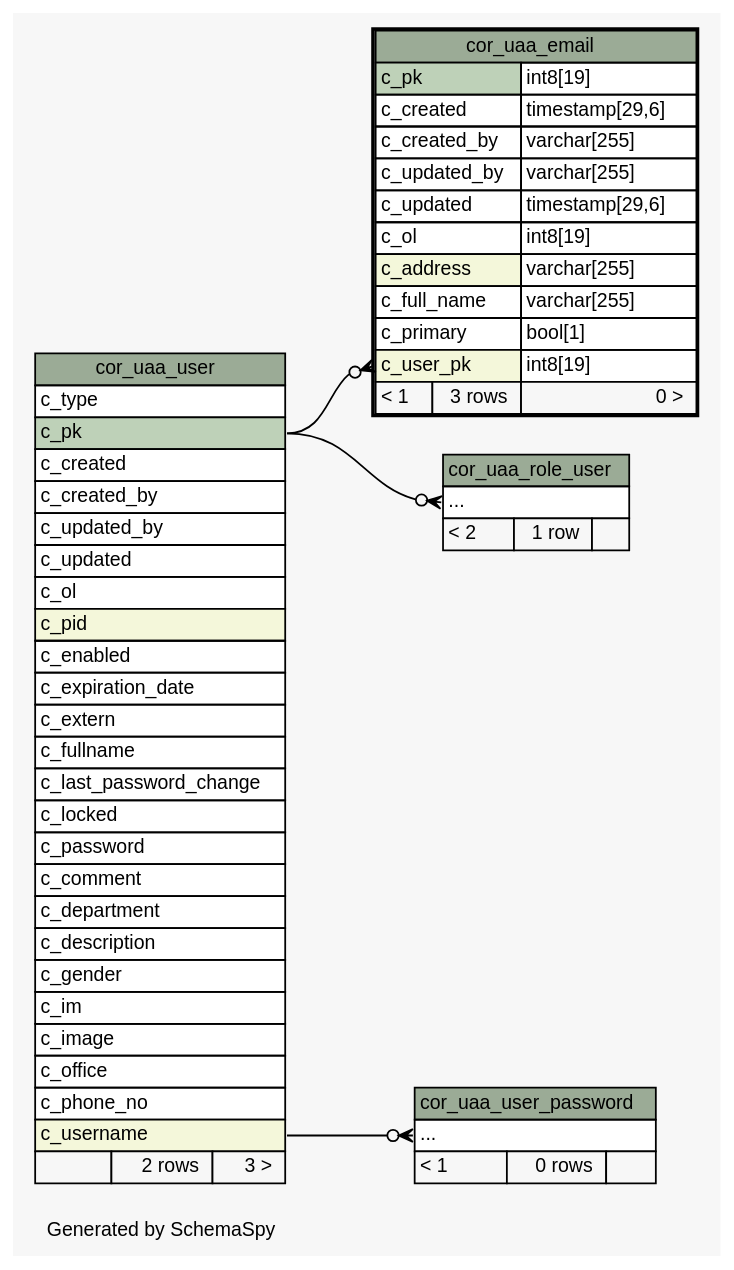
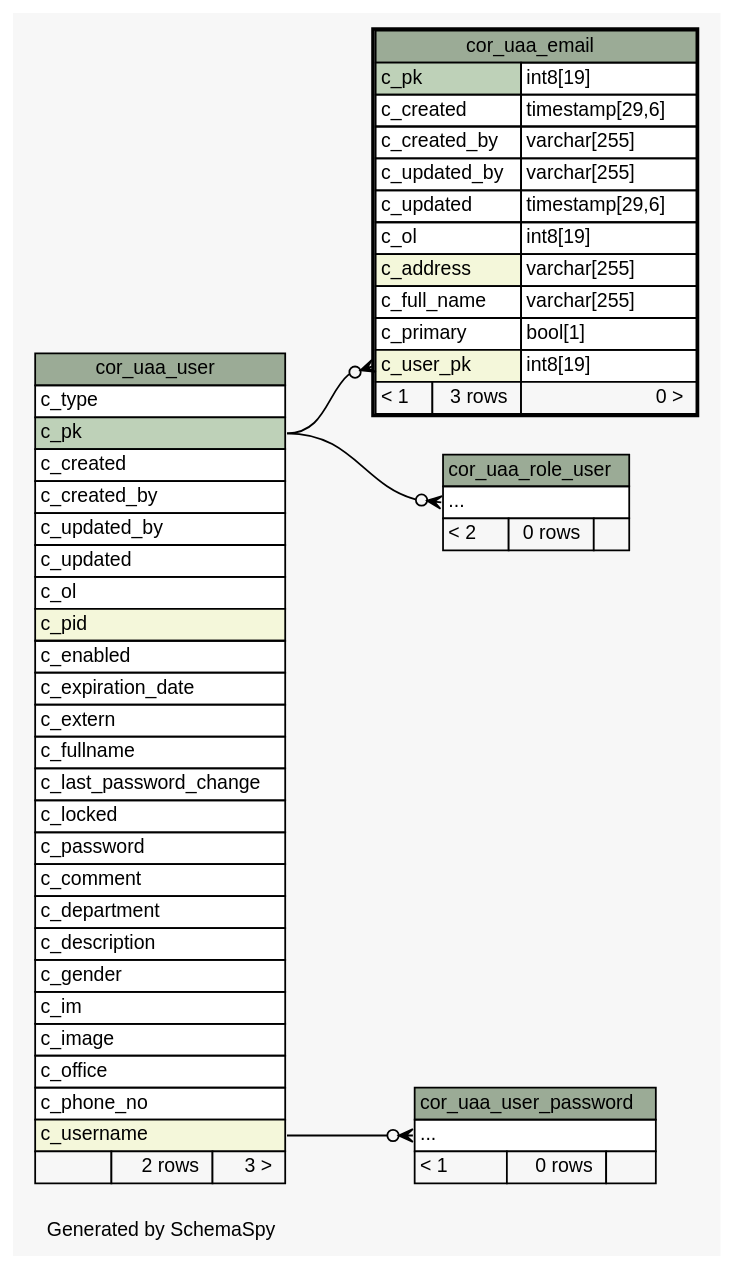
Before and after one commit to openwms/org.openwms.core.uaa: the diagram in 2.0.0-SNAPSHOT/schemaspy/diagrams/cor_uaa_email.2degrees.dot, drawn with Graphviz. The commit also changed 424 other files, not shown here.

```diff
--- a/2.0.0-SNAPSHOT/schemaspy/diagrams/cor_uaa_email.2degrees.dot
+++ b/2.0.0-SNAPSHOT/schemaspy/diagrams/cor_uaa_email.2degrees.dot
@@ -1,97 +1,97 @@
 // dot 2.43.0 on Linux 5.15.0-1022-azure
 // SchemaSpy rev Unknown
 digraph "twoDegreesRelationshipsDiagram" {
   graph [
     rankdir="RL"
     bgcolor="#f7f7f7"
     label="\nGenerated by SchemaSpy"
     labeljust="l"
     nodesep="0.18"
     ranksep="0.46"
     fontname="Helvetica"
     fontsize="11"
   ];
   node [
     fontname="Helvetica"
     fontsize="11"
     shape="plaintext"
   ];
   edge [
     arrowsize="0.8"
   ];
   "cor_uaa_email":"c_user_pk":w -> "cor_uaa_user":"c_pk":e [arrowhead=none dir=back arrowtail=crowodot];
   "cor_uaa_role_user":"elipses":w -> "cor_uaa_user":"c_pk":e [arrowhead=none dir=back arrowtail=crowodot];
   "cor_uaa_user_password":"elipses":w -> "cor_uaa_user":"c_username":e [arrowhead=none dir=back arrowtail=crowodot];
   "cor_uaa_email" [
     label=<
     <TABLE BORDER="2" CELLBORDER="1" CELLSPACING="0" BGCOLOR="#ffffff">
       <TR><TD COLSPAN="3" BGCOLOR="#9bab96" ALIGN="CENTER">cor_uaa_email</TD></TR>
       <TR><TD PORT="c_pk" COLSPAN="2" BGCOLOR="#bed1b8" ALIGN="LEFT">c_pk</TD><TD PORT="c_pk.type" ALIGN="LEFT">int8[19]</TD></TR>
       <TR><TD PORT="c_created" COLSPAN="2" ALIGN="LEFT">c_created</TD><TD PORT="c_created.type" ALIGN="LEFT">timestamp[29,6]</TD></TR>
       <TR><TD PORT="c_created_by" COLSPAN="2" ALIGN="LEFT">c_created_by</TD><TD PORT="c_created_by.type" ALIGN="LEFT">varchar[255]</TD></TR>
       <TR><TD PORT="c_updated_by" COLSPAN="2" ALIGN="LEFT">c_updated_by</TD><TD PORT="c_updated_by.type" ALIGN="LEFT">varchar[255]</TD></TR>
       <TR><TD PORT="c_updated" COLSPAN="2" ALIGN="LEFT">c_updated</TD><TD PORT="c_updated.type" ALIGN="LEFT">timestamp[29,6]</TD></TR>
       <TR><TD PORT="c_ol" COLSPAN="2" ALIGN="LEFT">c_ol</TD><TD PORT="c_ol.type" ALIGN="LEFT">int8[19]</TD></TR>
       <TR><TD PORT="c_address" COLSPAN="2" BGCOLOR="#f4f7da" ALIGN="LEFT">c_address</TD><TD PORT="c_address.type" ALIGN="LEFT">varchar[255]</TD></TR>
       <TR><TD PORT="c_full_name" COLSPAN="2" ALIGN="LEFT">c_full_name</TD><TD PORT="c_full_name.type" ALIGN="LEFT">varchar[255]</TD></TR>
       <TR><TD PORT="c_primary" COLSPAN="2" ALIGN="LEFT">c_primary</TD><TD PORT="c_primary.type" ALIGN="LEFT">bool[1]</TD></TR>
       <TR><TD PORT="c_user_pk" COLSPAN="2" BGCOLOR="#f4f7da" ALIGN="LEFT">c_user_pk</TD><TD PORT="c_user_pk.type" ALIGN="LEFT">int8[19]</TD></TR>
       <TR><TD ALIGN="LEFT" BGCOLOR="#f7f7f7">&lt; 1</TD><TD ALIGN="RIGHT" BGCOLOR="#f7f7f7">3 rows</TD><TD ALIGN="RIGHT" BGCOLOR="#f7f7f7">0 &gt;</TD></TR>
     </TABLE>>
     URL="cor_uaa_email.html"
     tooltip="cor_uaa_email"
   ];
   "cor_uaa_role_user" [
     label=<
     <TABLE BORDER="0" CELLBORDER="1" CELLSPACING="0" BGCOLOR="#ffffff">
       <TR><TD COLSPAN="3" BGCOLOR="#9bab96" ALIGN="CENTER">cor_uaa_role_user</TD></TR>
       <TR><TD PORT="elipses" COLSPAN="3" ALIGN="LEFT">...</TD></TR>
-      <TR><TD ALIGN="LEFT" BGCOLOR="#f7f7f7">&lt; 2</TD><TD ALIGN="RIGHT" BGCOLOR="#f7f7f7">1 row</TD><TD ALIGN="RIGHT" BGCOLOR="#f7f7f7">  </TD></TR>
+      <TR><TD ALIGN="LEFT" BGCOLOR="#f7f7f7">&lt; 2</TD><TD ALIGN="RIGHT" BGCOLOR="#f7f7f7">0 rows</TD><TD ALIGN="RIGHT" BGCOLOR="#f7f7f7">  </TD></TR>
     </TABLE>>
     URL="cor_uaa_role_user.html"
     tooltip="cor_uaa_role_user"
   ];
   "cor_uaa_user" [
     label=<
     <TABLE BORDER="0" CELLBORDER="1" CELLSPACING="0" BGCOLOR="#ffffff">
       <TR><TD COLSPAN="3" BGCOLOR="#9bab96" ALIGN="CENTER">cor_uaa_user</TD></TR>
       <TR><TD PORT="c_type" COLSPAN="3" ALIGN="LEFT">c_type</TD></TR>
       <TR><TD PORT="c_pk" COLSPAN="3" BGCOLOR="#bed1b8" ALIGN="LEFT">c_pk</TD></TR>
       <TR><TD PORT="c_created" COLSPAN="3" ALIGN="LEFT">c_created</TD></TR>
       <TR><TD PORT="c_created_by" COLSPAN="3" ALIGN="LEFT">c_created_by</TD></TR>
       <TR><TD PORT="c_updated_by" COLSPAN="3" ALIGN="LEFT">c_updated_by</TD></TR>
       <TR><TD PORT="c_updated" COLSPAN="3" ALIGN="LEFT">c_updated</TD></TR>
       <TR><TD PORT="c_ol" COLSPAN="3" ALIGN="LEFT">c_ol</TD></TR>
       <TR><TD PORT="c_pid" COLSPAN="3" BGCOLOR="#f4f7da" ALIGN="LEFT">c_pid</TD></TR>
       <TR><TD PORT="c_enabled" COLSPAN="3" ALIGN="LEFT">c_enabled</TD></TR>
       <TR><TD PORT="c_expiration_date" COLSPAN="3" ALIGN="LEFT">c_expiration_date</TD></TR>
       <TR><TD PORT="c_extern" COLSPAN="3" ALIGN="LEFT">c_extern</TD></TR>
       <TR><TD PORT="c_fullname" COLSPAN="3" ALIGN="LEFT">c_fullname</TD></TR>
       <TR><TD PORT="c_last_password_change" COLSPAN="3" ALIGN="LEFT">c_last_password_change</TD></TR>
       <TR><TD PORT="c_locked" COLSPAN="3" ALIGN="LEFT">c_locked</TD></TR>
       <TR><TD PORT="c_password" COLSPAN="3" ALIGN="LEFT">c_password</TD></TR>
       <TR><TD PORT="c_comment" COLSPAN="3" ALIGN="LEFT">c_comment</TD></TR>
       <TR><TD PORT="c_department" COLSPAN="3" ALIGN="LEFT">c_department</TD></TR>
       <TR><TD PORT="c_description" COLSPAN="3" ALIGN="LEFT">c_description</TD></TR>
       <TR><TD PORT="c_gender" COLSPAN="3" ALIGN="LEFT">c_gender</TD></TR>
       <TR><TD PORT="c_im" COLSPAN="3" ALIGN="LEFT">c_im</TD></TR>
       <TR><TD PORT="c_image" COLSPAN="3" ALIGN="LEFT">c_image</TD></TR>
       <TR><TD PORT="c_office" COLSPAN="3" ALIGN="LEFT">c_office</TD></TR>
       <TR><TD PORT="c_phone_no" COLSPAN="3" ALIGN="LEFT">c_phone_no</TD></TR>
       <TR><TD PORT="c_username" COLSPAN="3" BGCOLOR="#f4f7da" ALIGN="LEFT">c_username</TD></TR>
       <TR><TD ALIGN="LEFT" BGCOLOR="#f7f7f7">  </TD><TD ALIGN="RIGHT" BGCOLOR="#f7f7f7">2 rows</TD><TD ALIGN="RIGHT" BGCOLOR="#f7f7f7">3 &gt;</TD></TR>
     </TABLE>>
     URL="cor_uaa_user.html"
     tooltip="cor_uaa_user"
   ];
   "cor_uaa_user_password" [
     label=<
     <TABLE BORDER="0" CELLBORDER="1" CELLSPACING="0" BGCOLOR="#ffffff">
       <TR><TD COLSPAN="3" BGCOLOR="#9bab96" ALIGN="CENTER">cor_uaa_user_password</TD></TR>
       <TR><TD PORT="elipses" COLSPAN="3" ALIGN="LEFT">...</TD></TR>
       <TR><TD ALIGN="LEFT" BGCOLOR="#f7f7f7">&lt; 1</TD><TD ALIGN="RIGHT" BGCOLOR="#f7f7f7">0 rows</TD><TD ALIGN="RIGHT" BGCOLOR="#f7f7f7">  </TD></TR>
     </TABLE>>
     URL="cor_uaa_user_password.html"
     tooltip="cor_uaa_user_password"
   ];
 }
```
